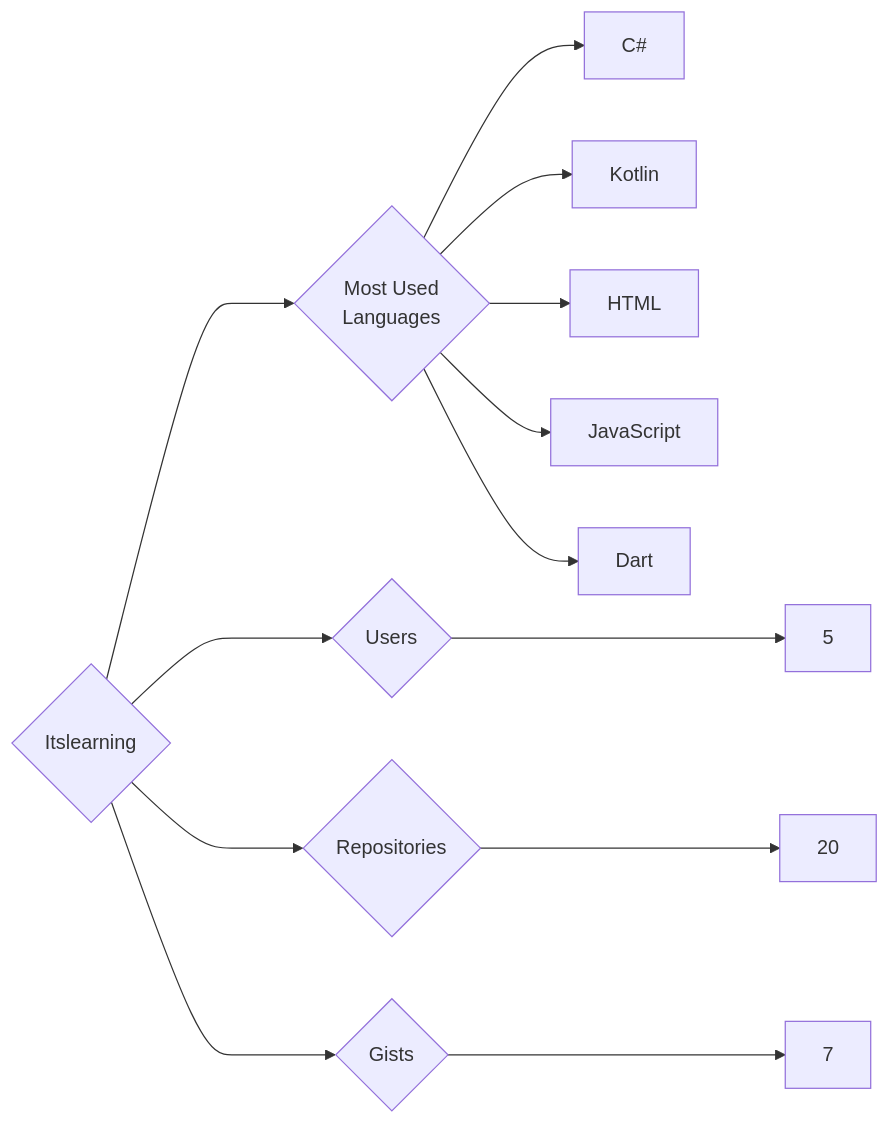
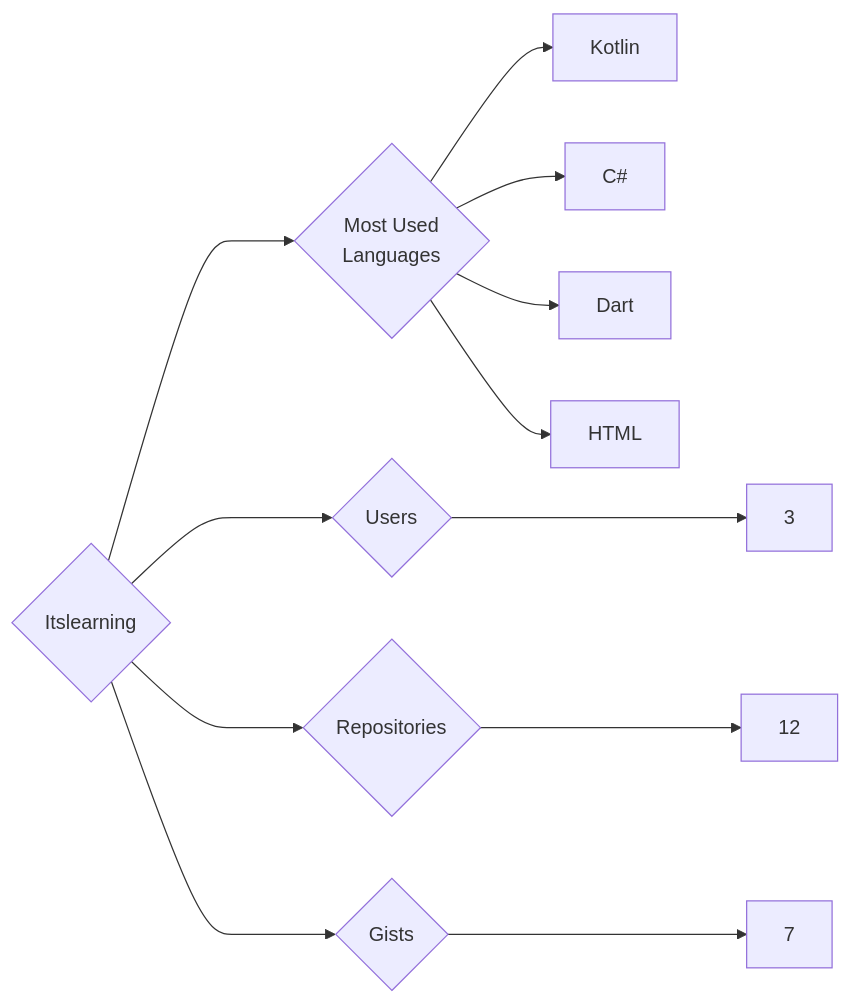
One commit to trickest/insiders changed the diagram in targets/Itslearning/README.md. Above: the diagram before and after it, drawn with Mermaid. The commit also changed 845 other files, not shown here.

````diff
--- a/targets/Itslearning/README.md
+++ b/targets/Itslearning/README.md
@@ -3,13 +3,12 @@
 ```mermaid
 graph LR
 COMPANY_NAME{Itslearning}
-COMPANY_NAME ---> U{Users} ---> UN[5]
-COMPANY_NAME ---> R{Repositories} ---> RN[20]
+COMPANY_NAME ---> U{Users} ---> UN[3]
+COMPANY_NAME ---> R{Repositories} ---> RN[12]
 COMPANY_NAME ---> G{Gists} ---> GN[7]
 COMPANY_NAME ---> ML{Most Used<br>Languages}
+ML --> Kotlin[Kotlin]
 ML --> C#[C#]
-ML --> Kotlin[Kotlin]
+ML --> Dart[Dart]
 ML --> HTML[HTML]
-ML --> JavaScript[JavaScript]
-ML --> Dart[Dart]
 ```
````
